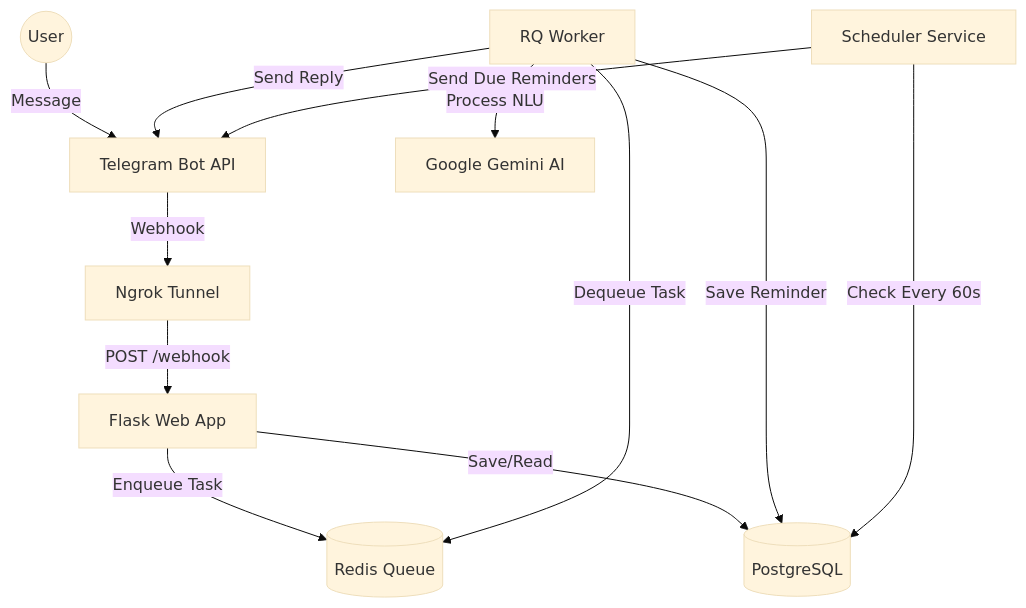
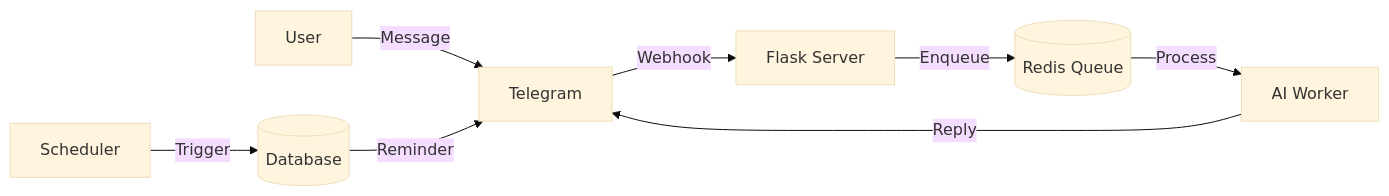
The diagram in README.md (J0SAL/RemindMe), drawn with Mermaid (base theme) before and after one commit.

Commit message:
simplified diragram

````diff
--- a/README.md
+++ b/README.md
@@ -18,17 +18,12 @@
 ```mermaid
-graph TD
-    User((User)) -->|Message| Telegram[Telegram Bot API]
-    Telegram -->|Webhook| Ngrok[Ngrok Tunnel]
-    Ngrok -->|POST /webhook| WebApp[Flask Web App]
+graph LR
+    User -->|Message| Telegram
+    Telegram -->|Webhook| Server[Flask Server]
+    Server -->|Enqueue| Queue[(Redis Queue)]
     
-    WebApp -->|Enqueue Task| Redis[(Redis Queue)]
-    WebApp -->|Save/Read| DB[(PostgreSQL)]
+    Queue -->|Process| Worker[AI Worker]
+    Worker -->|Reply| Telegram
     
-    Worker[RQ Worker] -->|Dequeue Task| Redis
-    Worker -->|Process NLU| Gemini[Google Gemini AI]
-    Worker -->|Save Reminder| DB
-    Worker -->|Send Reply| Telegram
-    
-    Scheduler[Scheduler Service] -->|Check Every 60s| DB
-    Scheduler -->|Send Due Reminders| Telegram
+    Scheduler[Scheduler] -->|Trigger| DB[(Database)]
+    DB -->|Reminder| Telegram
 ```
````
